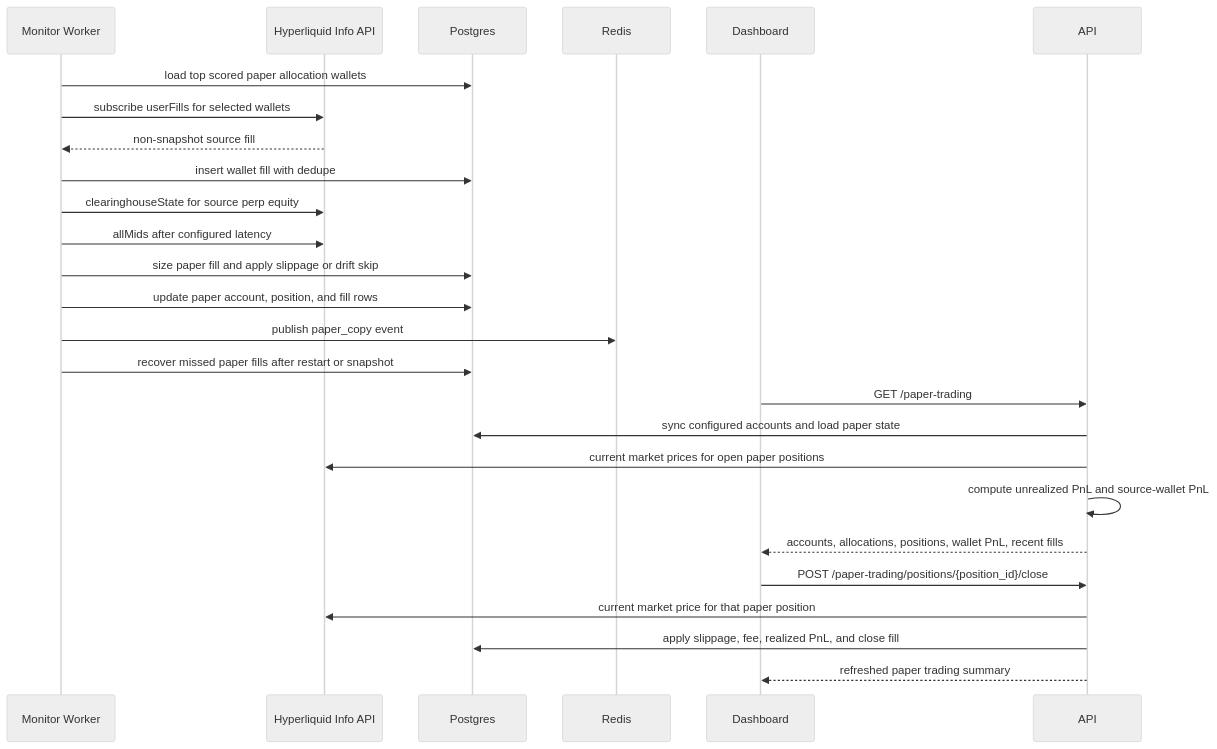
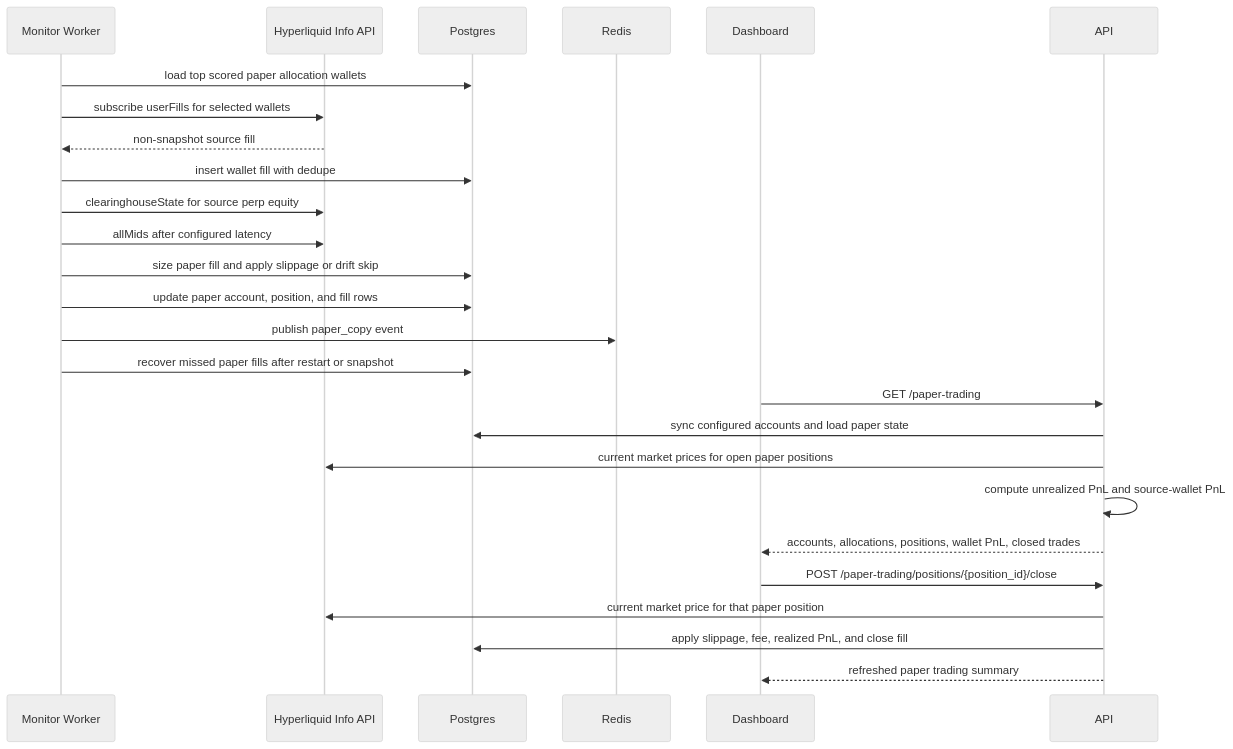
The ninth of 9 diagrams in docs/architecture.md (DrottPoker/copytrading-agent), drawn with Mermaid (neutral theme) before and after one commit. The commit also changed other lines of this file and 7 other files, not shown here.

````diff
--- a/docs/architecture.md
+++ b/docs/architecture.md
@@ -438,28 +438,28 @@
 ```mermaid
 sequenceDiagram
   participant Worker as Monitor Worker
   participant HL as Hyperliquid Info API
   participant DB as Postgres
   participant Redis as Redis
   participant UI as Dashboard
 
   Worker->>DB: load top scored paper allocation wallets
   Worker->>HL: subscribe userFills for selected wallets
   HL-->>Worker: non-snapshot source fill
   Worker->>DB: insert wallet fill with dedupe
   Worker->>HL: clearinghouseState for source perp equity
   Worker->>HL: allMids after configured latency
   Worker->>DB: size paper fill and apply slippage or drift skip
   Worker->>DB: update paper account, position, and fill rows
   Worker->>Redis: publish paper_copy event
   Worker->>DB: recover missed paper fills after restart or snapshot
   UI->>API: GET /paper-trading
   API->>DB: sync configured accounts and load paper state
   API->>HL: current market prices for open paper positions
   API->>API: compute unrealized PnL and source-wallet PnL
-  API-->>UI: accounts, allocations, positions, wallet PnL, recent fills
+  API-->>UI: accounts, allocations, positions, wallet PnL, closed trades
   UI->>API: POST /paper-trading/positions/{position_id}/close
   API->>HL: current market price for that paper position
   API->>DB: apply slippage, fee, realized PnL, and close fill
   API-->>UI: refreshed paper trading summary
 ```
````
